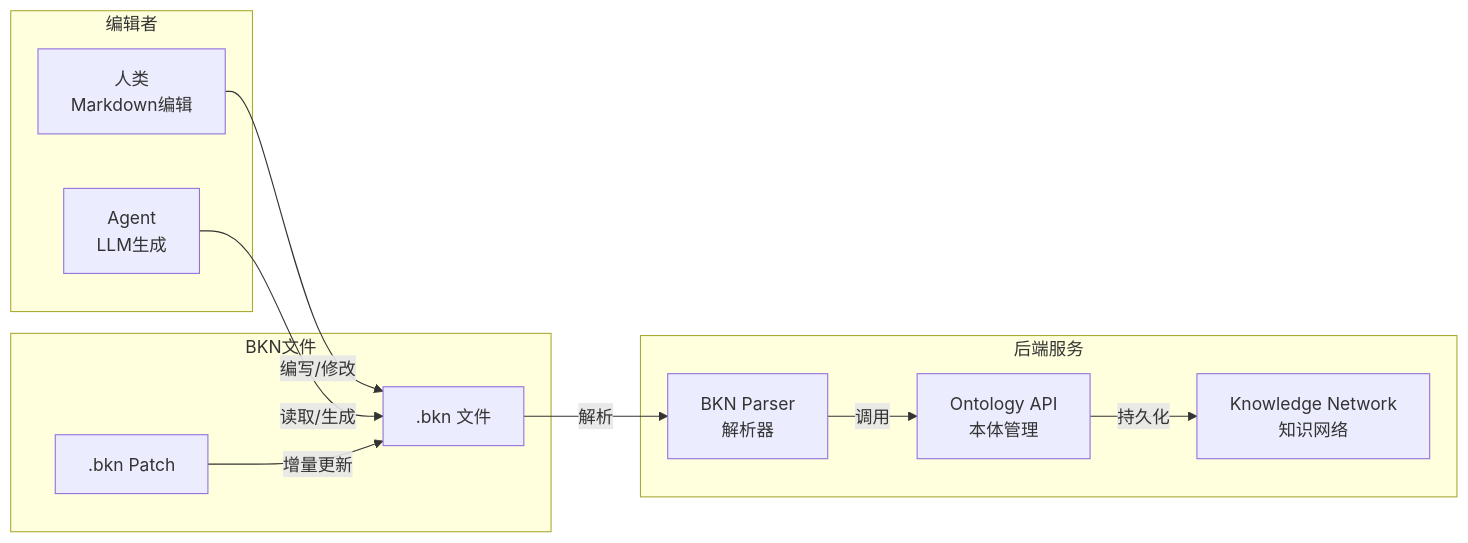
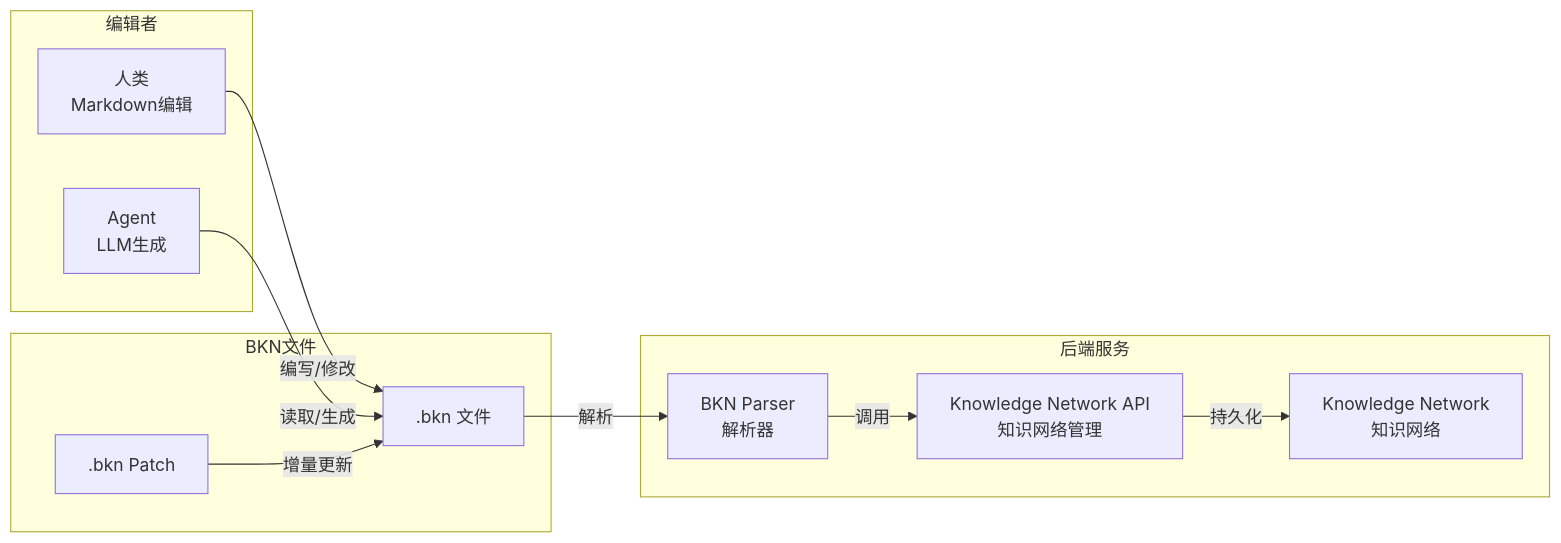
One commit to kweaver-ai/adp changed the second of 6 diagrams in docs/ontology/bkn_docs/ARCHITECTURE.md. Above: the diagram before and after it, drawn with Mermaid. The commit also changed other lines of this file and 1 other file, not shown here.

Commit message:
fix(docs): Update terminology in BKN documentation to reflect '业务知识网络' and adjust API references

````diff
--- a/docs/ontology/bkn_docs/ARCHITECTURE.md
+++ b/docs/ontology/bkn_docs/ARCHITECTURE.md
@@ -59,25 +59,25 @@
 ```mermaid
 flowchart LR
     subgraph Editors["编辑者"]
         Human["人类<br/>Markdown编辑"]
         Agent["Agent<br/>LLM生成"]
     end
     
     subgraph Files["BKN文件"]
         BKNFile[".bkn 文件"]
         Patch[".bkn Patch"]
     end
     
     subgraph Backend["后端服务"]
         Parser["BKN Parser<br/>解析器"]
-        API["Ontology API<br/>本体管理"]
+        API["Knowledge Network API<br/>知识网络管理"]
         KN["Knowledge Network<br/>知识网络"]
     end
     
     Human -->|编写/修改| BKNFile
     Agent -->|读取/生成| BKNFile
     Patch -->|增量更新| BKNFile
     BKNFile -->|解析| Parser
     Parser -->|调用| API
     API -->|持久化| KN
 ```
````
